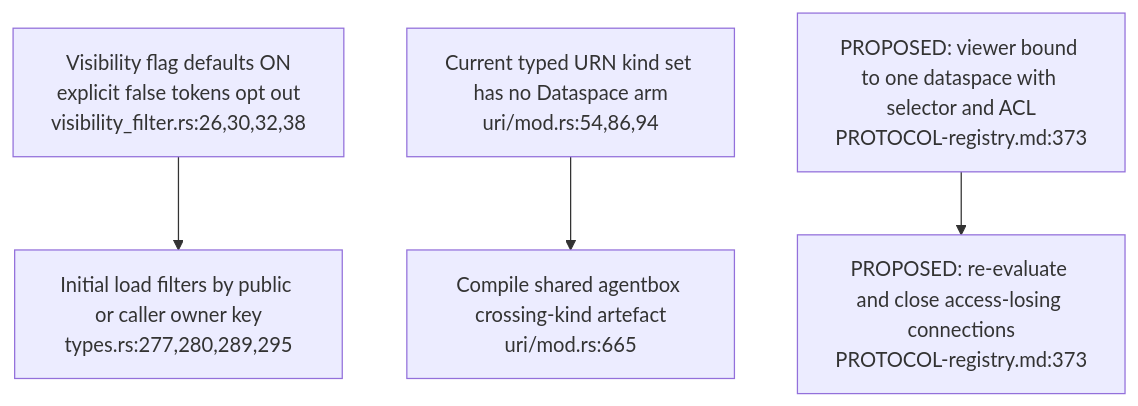
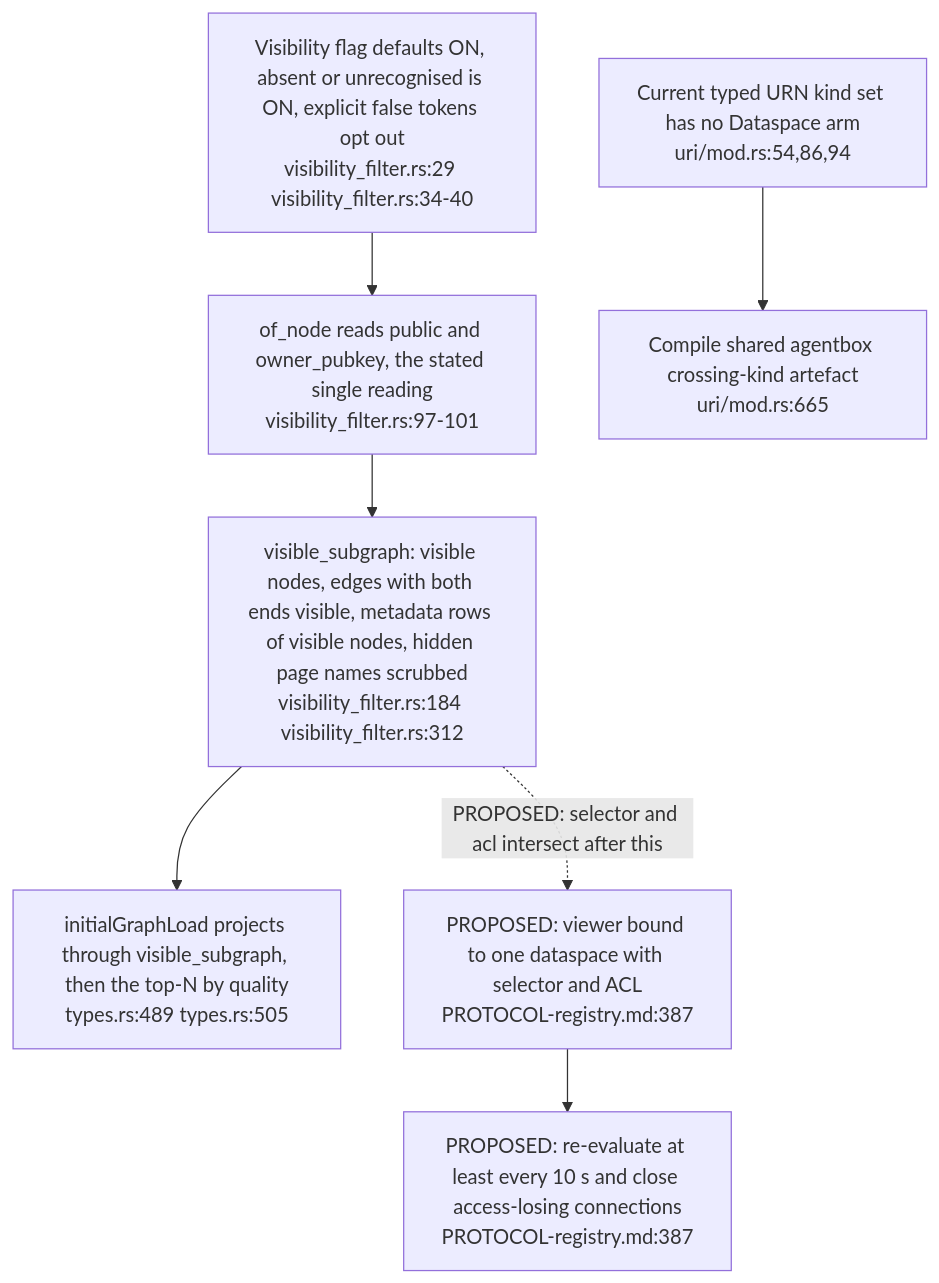
Before and after one commit to DreamLab-AI/VisionFlow: the second of 3 diagrams in docs/diagrams/visionclaw/48-dataspace-federation-prerequisites.md, drawn with Mermaid. The commit also changed other lines of this file and 56 other files, not shown here.

First line of the commit message:
docs(diagrams): re-verify VisionClaw topics at ec785afa9, add VC-19/56/57 and the VisionClaw register

````diff
--- a/docs/diagrams/visionclaw/48-dataspace-federation-prerequisites.md
+++ b/docs/diagrams/visionclaw/48-dataspace-federation-prerequisites.md
@@ -46,6 +49,9 @@
 ```mermaid
 flowchart TD
-    FLAG["Visibility flag defaults ON<br/>explicit false tokens opt out<br/>visibility_filter.rs:26,30,32,38"] --> FILTER["Initial load filters by public or caller owner key<br/>types.rs:277,280,289,295"]
+    FLAG["Visibility flag defaults ON, absent or unrecognised is ON, explicit false tokens opt out<br/>visibility_filter.rs:29 visibility_filter.rs:34-40"] --> OF["of_node reads public and owner_pubkey, the stated single reading<br/>visibility_filter.rs:97-101"]
+    OF --> SUB["visible_subgraph: visible nodes, edges with both ends visible, metadata rows of visible nodes, hidden page names scrubbed<br/>visibility_filter.rs:184 visibility_filter.rs:312"]
+    SUB --> WSS["initialGraphLoad projects through visible_subgraph, then the top-N by quality<br/>types.rs:489 types.rs:505"]
     KINDS["Current typed URN kind set has no Dataspace arm<br/>uri/mod.rs:54,86,94"] --> SHARED["Compile shared agentbox crossing-kind artefact<br/>uri/mod.rs:665"]
-    SPEC["PROPOSED: viewer bound to one dataspace with selector and ACL<br/>PROTOCOL-registry.md:373"] --> RECHECK["PROPOSED: re-evaluate and close access-losing connections<br/>PROTOCOL-registry.md:373"]
+    SPEC["PROPOSED: viewer bound to one dataspace with selector and ACL<br/>PROTOCOL-registry.md:387"] --> RECHECK["PROPOSED: re-evaluate at least every 10 s and close access-losing connections<br/>PROTOCOL-registry.md:387"]
+    SUB -.->|"PROPOSED: selector and acl intersect after this"| SPEC
 ```
````
